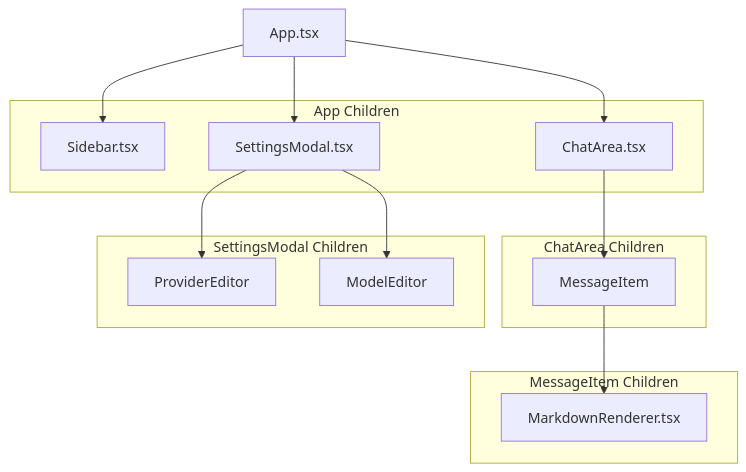
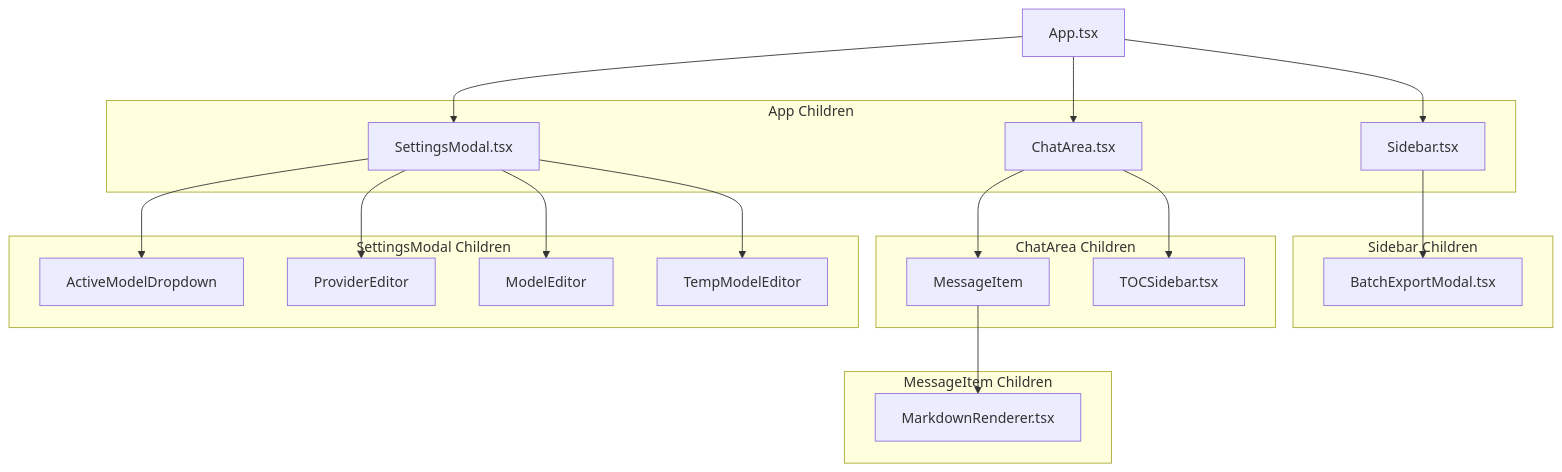
One commit to RainPPR/ai-math-chat-studio changed the diagram in docs/components.md. Above: the diagram before and after it, drawn with Mermaid. The commit also changed other lines of this file and 9 other files, not shown here.

````diff
--- a/docs/components.md
+++ b/docs/components.md
@@ -5,31 +5,42 @@
 ```mermaid
 graph TD
     App[App.tsx]
     subgraph App Children
         Sidebar[Sidebar.tsx]
         ChatArea[ChatArea.tsx]
         SettingsModal[SettingsModal.tsx]
     end
 
     App --> Sidebar
     App --> ChatArea
     App --> SettingsModal
 
+    subgraph Sidebar Children
+        BatchExportModal[BatchExportModal.tsx]
+    end
+
     subgraph ChatArea Children
         MessageItem[MessageItem]
+        TOCSidebar[TOCSidebar.tsx]
     end
 
     subgraph MessageItem Children
         MarkdownRenderer[MarkdownRenderer.tsx]
     end
 
     subgraph SettingsModal Children
+        ActiveModelDropdown[ActiveModelDropdown]
         ProviderEditor[ProviderEditor]
         ModelEditor[ModelEditor]
+        TempModelEditor[TempModelEditor]
     end
 
+    Sidebar --> BatchExportModal
     ChatArea --> MessageItem
+    ChatArea --> TOCSidebar
     MessageItem --> MarkdownRenderer
+    SettingsModal --> ActiveModelDropdown
     SettingsModal --> ProviderEditor
     SettingsModal --> ModelEditor
+    SettingsModal --> TempModelEditor
 ```
````
